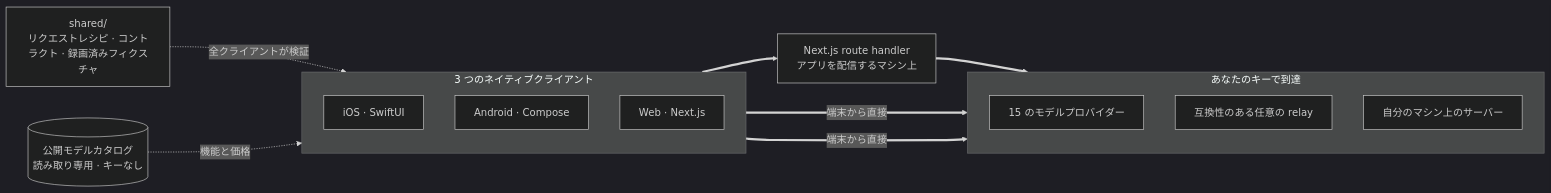
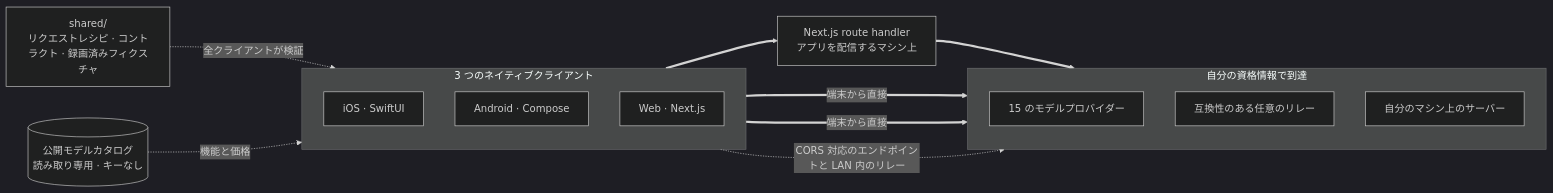
One commit to oriveo/oriveo changed the diagram in readme_i18n/ja/README.md. Above: the diagram before and after it, drawn with Mermaid (dark theme). The commit also changed other lines of this file and 89 other files, not shown here.

````diff
--- a/readme_i18n/ja/README.md
+++ b/readme_i18n/ja/README.md
@@ -181,26 +189,27 @@
 ```mermaid
 flowchart LR
     shared["shared/<br/>リクエストレシピ · コントラクト · 録画済みフィクスチャ"]
 
     subgraph clients ["3 つのネイティブクライアント"]
         direction TB
         ios["iOS · SwiftUI"]
         android["Android · Compose"]
         web["Web · Next.js"]
     end
 
     route["Next.js route handler<br/>アプリを配信するマシン上"]
 
-    subgraph upstream ["あなたのキーで到達"]
+    subgraph upstream ["自分の資格情報で到達"]
         official["15 のモデルプロバイダー"]
-        relay["互換性のある任意の relay"]
+        relay["互換性のある任意のリレー"]
         local["自分のマシン上のサーバー"]
     end
 
     catalog[("公開モデルカタログ<br/>読み取り専用 · キーなし")]
 
     shared -.->|"全クライアントが検証"| clients
     catalog -.->|"機能と価格"| clients
     ios & android ==>|"端末から直接"| upstream
     web ==> route ==> upstream
+    web -.->|"CORS 対応のエンドポイントと LAN 内のリレー"| upstream
 ```
````
